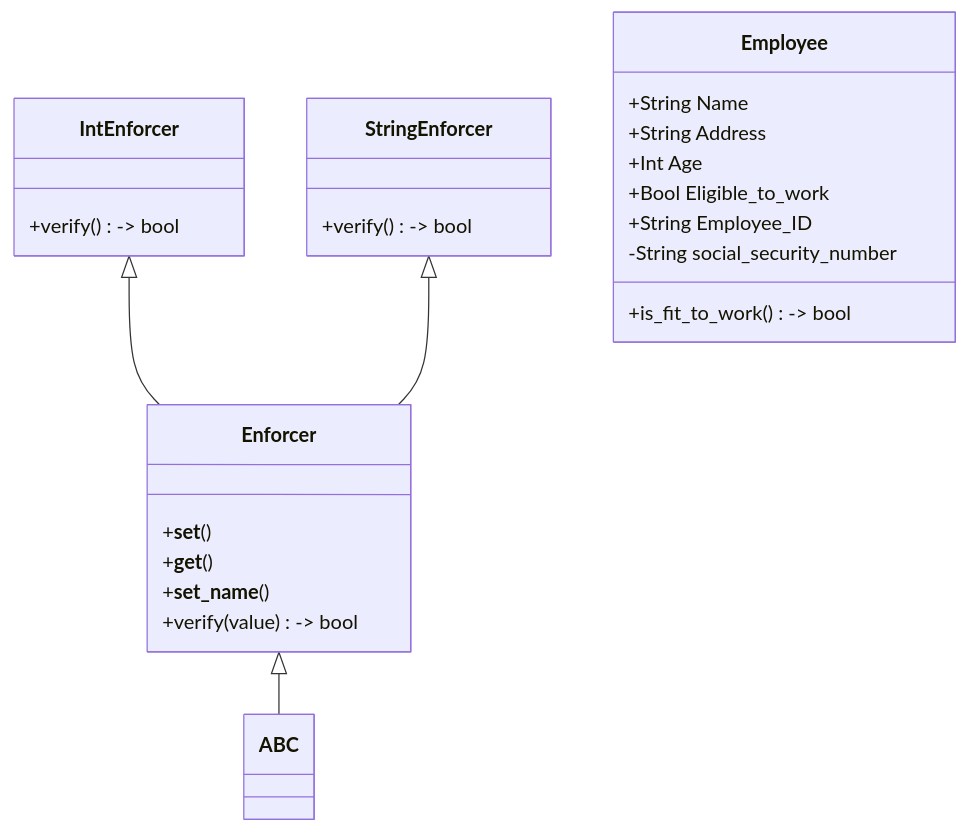
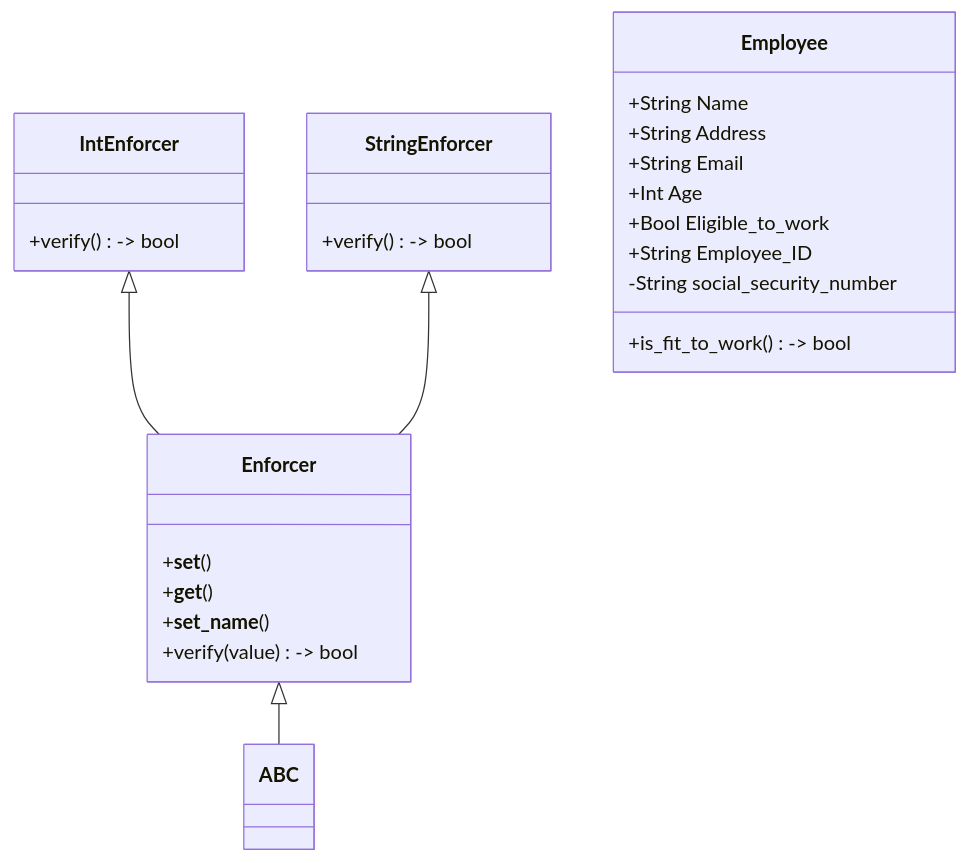
The diagram in Design/employee.mermaid (Jordan-Anderson1998/Payroll-Manager), drawn with Mermaid before and after one commit. The commit also changed 10 other files, not shown here.

```diff
--- a/Design/employee.mermaid
+++ b/Design/employee.mermaid
@@ -1,37 +1,38 @@
 classDiagram
 
     Enforcer <|-- ABC
     IntEnforcer <|-- Enforcer
     StringEnforcer <|-- Enforcer
 
     class Enforcer{
 
 %%        implement the descriptor protocol
         +__set__()
         +__get__()
         +__set_name__()
 %%      abstract method
         +verify(value) -> bool
 
     }
 
     class IntEnforcer{
         +verify() -> bool
     }
 
     class StringEnforcer{
         +verify() -> bool
 
     }
 
     class Employee{
         +String Name
         +String Address
+        +String Email
         +Int Age
         +Bool Eligible_to_work
         +String Employee_ID
         -String social_security_number
 
         +is_fit_to_work() -> bool
 
     }
```
